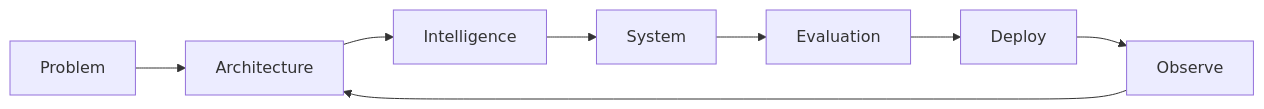
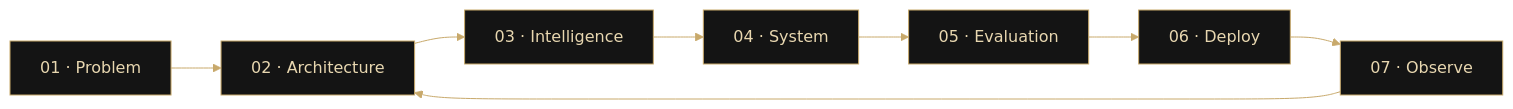
Before and after one commit to Hitesh564/Hitesh564: the second of 3 diagrams in README.md, drawn with Mermaid. The commit also changed other lines of this file, not shown here.

````diff
--- a/README.md
+++ b/README.md
@@ -238,10 +328,21 @@
 ```mermaid
+%%{init: {'theme':'base','themeVariables': {
+  'primaryColor':'#141414',
+  'primaryTextColor':'#E8D7B0',
+  'primaryBorderColor':'#C8A96B',
+  'lineColor':'#C8A96B',
+  'secondaryColor':'#191919',
+  'tertiaryColor':'#111111',
+  'background':'#0D0D0D',
+  'fontFamily':'JetBrains Mono'
+}}}%%
 flowchart LR
-    P["Problem"] --> A["Architecture"]
-    A --> I["Intelligence"]
-    I --> S["System"]
-    S --> E["Evaluation"]
-    E --> D["Deploy"]
-    D --> O["Observe"]
-    O --> A
+
+    A["01 · Problem"] --> B["02 · Architecture"]
+    B --> C["03 · Intelligence"]
+    C --> D["04 · System"]
+    D --> E["05 · Evaluation"]
+    E --> F["06 · Deploy"]
+    F --> G["07 · Observe"]
+    G --> B
 ```
````
